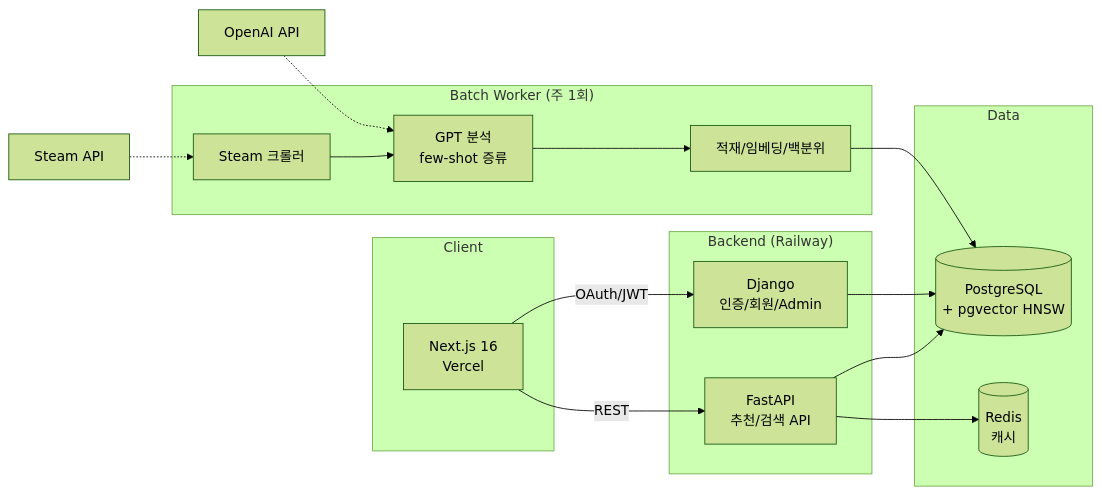
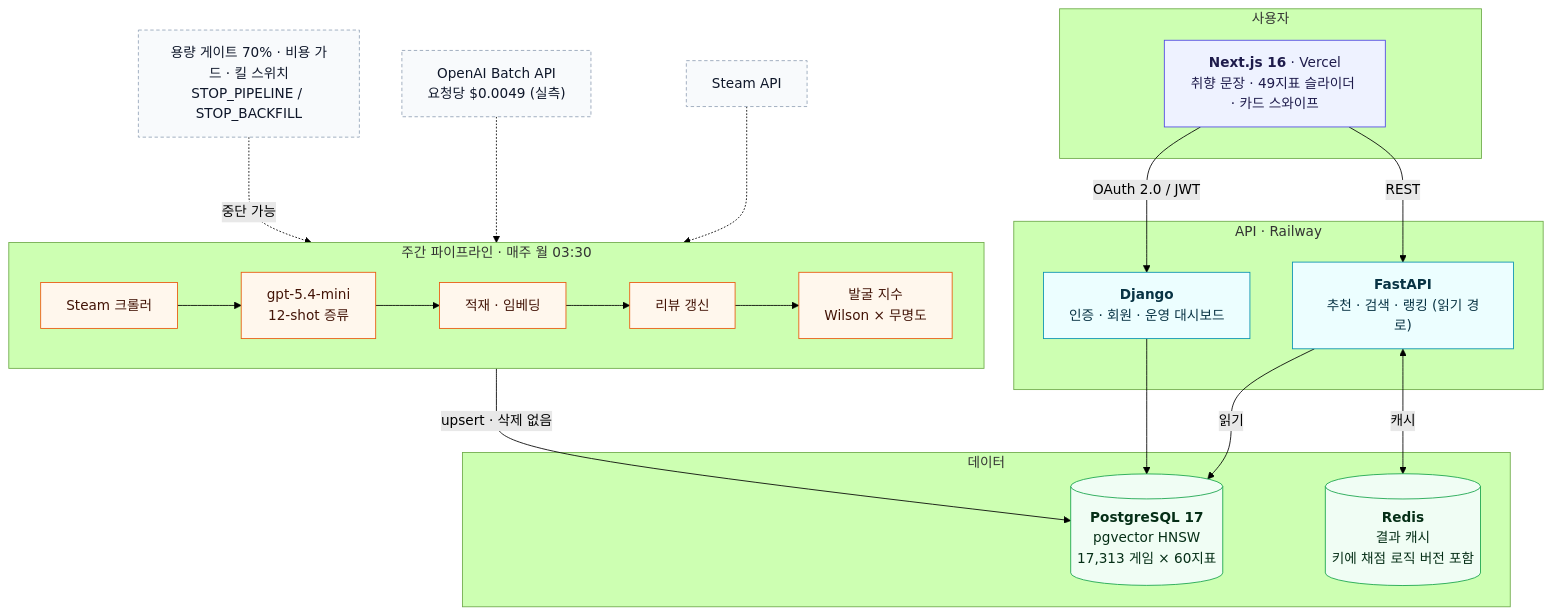
The first of 2 diagrams in README.md (juntae0123/hidden-gem), drawn with Mermaid (forest theme) before and after one commit. The commit also changed other lines of this file and 5 other files, not shown here.

First line of the commit message:
fix(security): /ops/* 토큰 게이트 + docs(README): 아키텍처·채점 경로 다이어그램 개정

````diff
--- a/README.md
+++ b/README.md
@@ -27,24 +27,42 @@
 ```mermaid
-graph LR
-    subgraph Client
-        W[Next.js 16<br/>Vercel]
+flowchart TB
+    subgraph client["사용자"]
+        UI["<b>Next.js 16</b> · Vercel<br/>취향 문장 · 49지표 슬라이더 · 카드 스와이프"]
     end
-    subgraph Backend["Backend (Railway)"]
-        F[FastAPI<br/>추천/검색 API]
-        D[Django<br/>인증/회원/Admin]
+
+    subgraph api["API · Railway"]
+        FA["<b>FastAPI</b><br/>추천 · 검색 · 랭킹 (읽기 경로)"]
+        DJ["<b>Django</b><br/>인증 · 회원 · 운영 대시보드"]
     end
-    subgraph Data
-        P[(PostgreSQL<br/>+ pgvector HNSW)]
-        R[(Redis<br/>캐시)]
+
+    subgraph store["데이터"]
+        PG[("<b>PostgreSQL 17</b><br/>pgvector HNSW<br/>17,313 게임 × 60지표")]
+        RD[("<b>Redis</b><br/>결과 캐시<br/>키에 채점 로직 버전 포함")]
     end
-    subgraph Pipeline["Batch Worker (주 1회)"]
-        C[Steam 크롤러] --> G[GPT 분석<br/>few-shot 증류] --> L[적재/임베딩/백분위]
+
+    subgraph batch["주간 파이프라인 · 매주 월 03:30"]
+        direction LR
+        CR["Steam 크롤러"] --> BG["gpt-5.4-mini<br/>12-shot 증류"] --> LD["적재 · 임베딩"] --> RV["리뷰 갱신"] --> GE["발굴 지수<br/>Wilson × 무명도"]
     end
-    W -->|REST| F
-    W -->|OAuth/JWT| D
-    F --> P & R
-    D --> P
-    L --> P
-    O[OpenAI API] -.-> G
-    S[Steam API] -.-> C
+
+    UI -->|REST| FA
+    UI -->|"OAuth 2.0 / JWT"| DJ
+    FA -->|읽기| PG
+    FA <-->|캐시| RD
+    DJ --> PG
+    GE -->|"upsert · 삭제 없음"| PG
+    ST["Steam API"] -.-> CR
+    OA["OpenAI Batch API<br/>요청당 $0.0049 (실측)"] -.-> BG
+    KS["용량 게이트 70% · 비용 가드 · 킬 스위치<br/>STOP_PIPELINE / STOP_BACKFILL"] -.->|중단 가능| batch
+
+    classDef c fill:#eef2ff,stroke:#4f46e5,color:#1e1b4b
+    classDef a fill:#ecfeff,stroke:#0891b2,color:#083344
+    classDef d fill:#f0fdf4,stroke:#16a34a,color:#052e16
+    classDef b fill:#fff7ed,stroke:#ea580c,color:#431407
+    classDef x fill:#f8fafc,stroke:#94a3b8,color:#0f172a,stroke-dasharray:4 3
+    class UI c
+    class FA,DJ a
+    class PG,RD d
+    class CR,BG,LD,RV,GE b
+    class ST,OA,KS x
 ```
````
